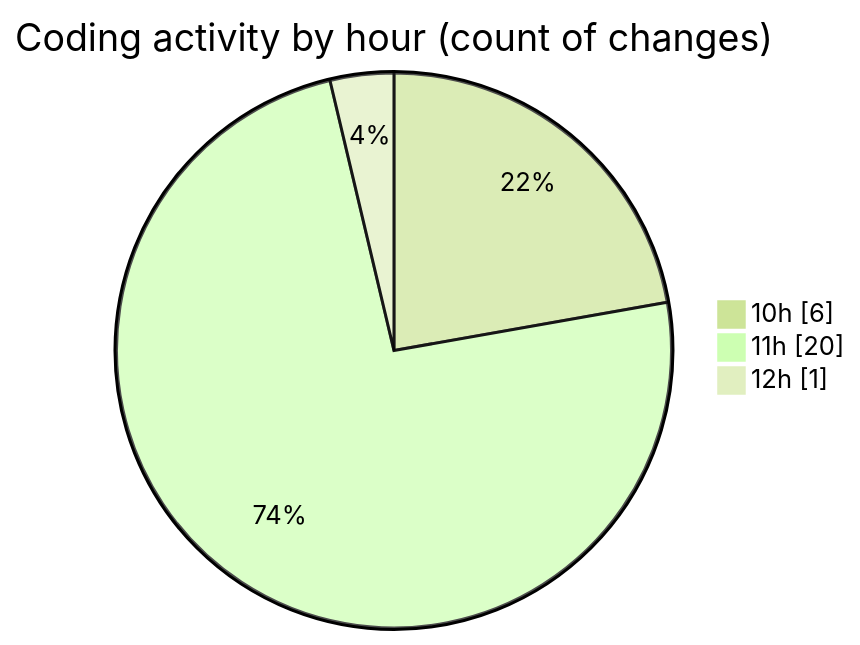
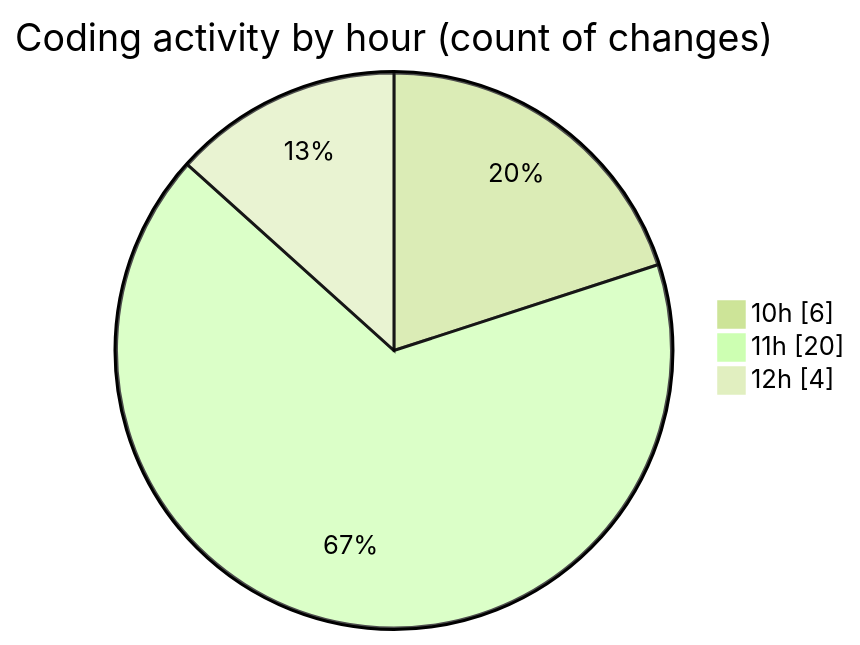
The second of 2 diagrams in 2025-05-05/nxtqube_webapp/README.md (nxtqubesakshisongat/code-tracking), drawn with Mermaid (forest theme) before and after one commit. The commit also changed other lines of this file and 1 other file, not shown here.

````diff
--- a/2025-05-05/nxtqube_webapp/README.md
+++ b/2025-05-05/nxtqube_webapp/README.md
@@ -28,7 +28,7 @@
 ```mermaid
 pie showData
 title Coding activity by hour (count of changes)
 "10h" : 6
 "11h" : 20
-"12h" : 1
+"12h" : 4
 ```
````
